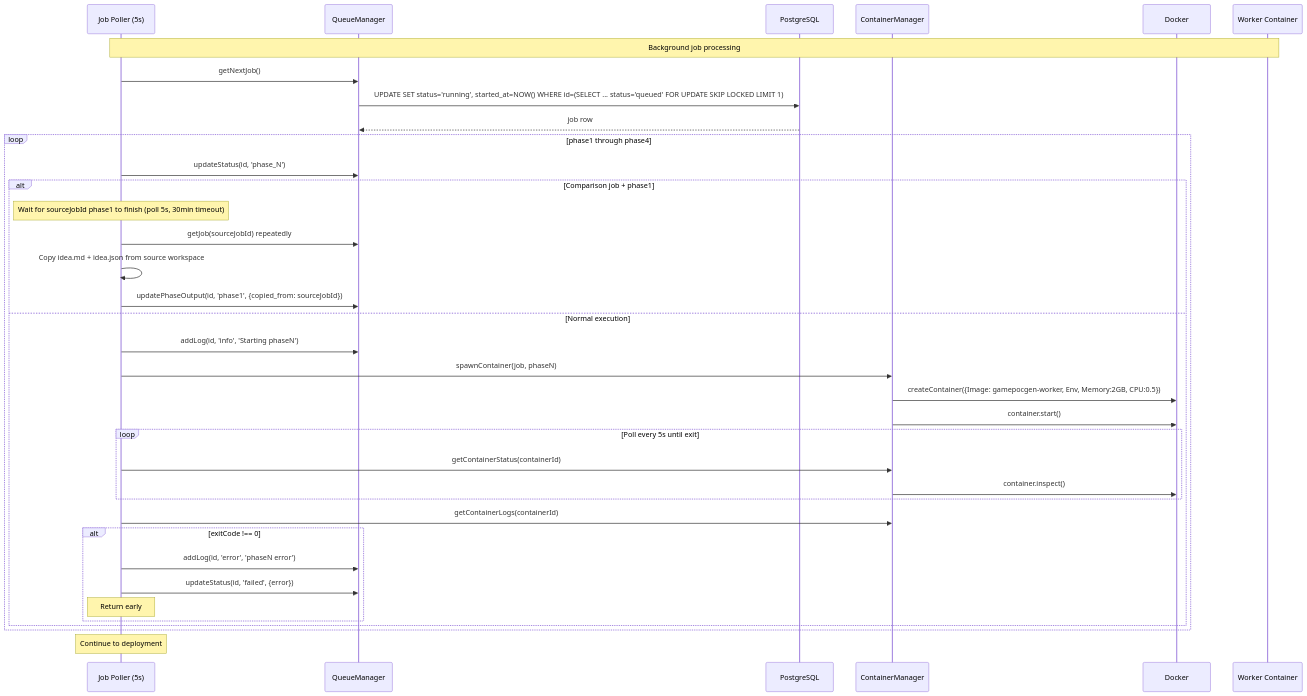
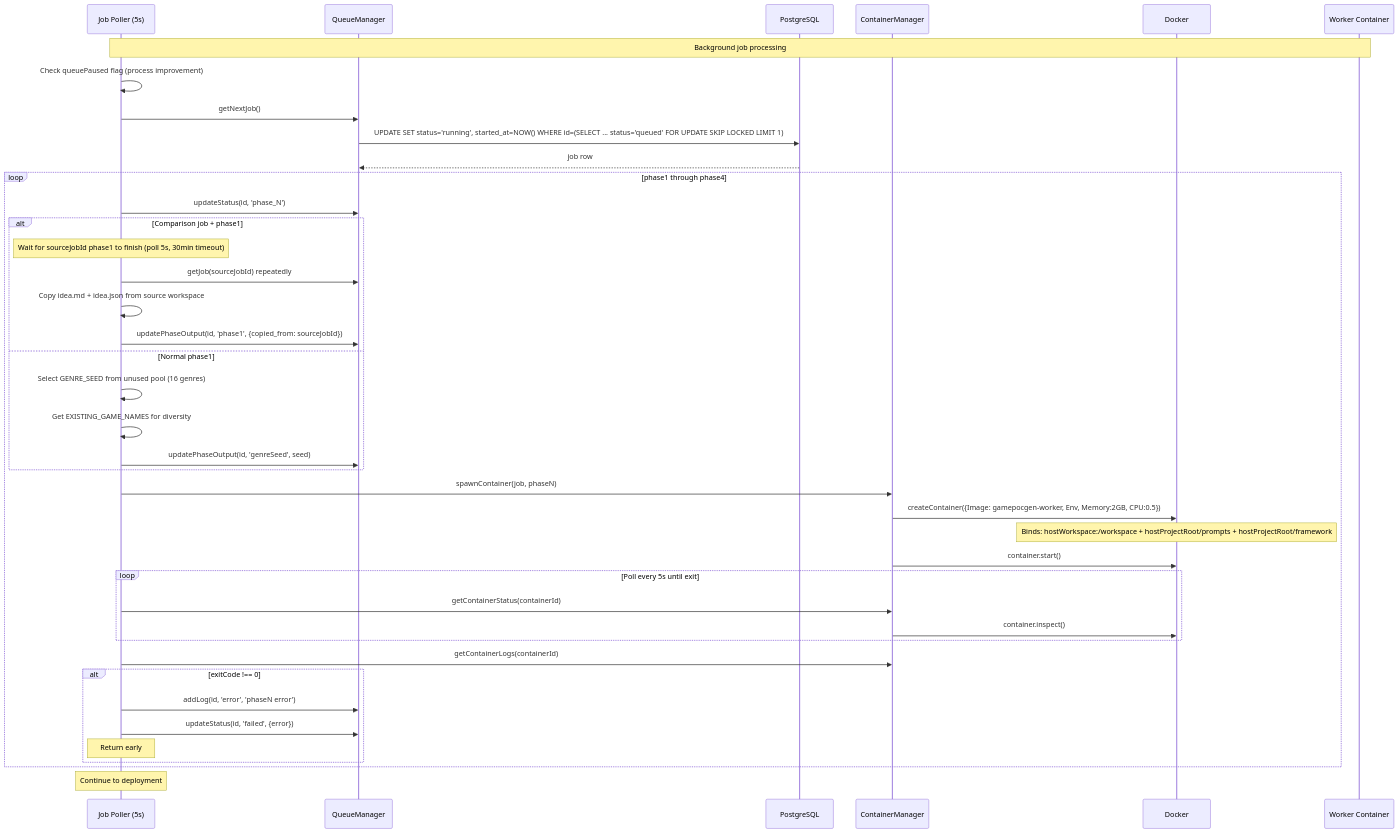
The third of 9 diagrams in AI/document/02-user-flows.md (J-Gierend/gamePocGen), drawn with Mermaid before and after one commit. The commit also changed other lines of this file and 5 other files, not shown here.

````diff
--- a/AI/document/02-user-flows.md
+++ b/AI/document/02-user-flows.md
@@ -65,44 +64,49 @@
 ```mermaid
 sequenceDiagram
     participant Poller as Job Poller (5s)
     participant QM as QueueManager
     participant DB as PostgreSQL
     participant CM as ContainerManager
     participant Docker
     participant Worker as Worker Container
 
     Note over Poller,Worker: Background job processing
+    Poller->>Poller: Check queuePaused flag (process improvement)
     Poller->>QM: getNextJob()
     QM->>DB: UPDATE SET status='running', started_at=NOW() WHERE id=(SELECT ... status='queued' FOR UPDATE SKIP LOCKED LIMIT 1)
     DB-->>QM: job row
 
     loop phase1 through phase4
         Poller->>QM: updateStatus(id, 'phase_N')
 
         alt Comparison job + phase1
             Note over Poller: Wait for sourceJobId phase1 to finish (poll 5s, 30min timeout)
             Poller->>QM: getJob(sourceJobId) repeatedly
             Poller->>Poller: Copy idea.md + idea.json from source workspace
             Poller->>QM: updatePhaseOutput(id, 'phase1', {copied_from: sourceJobId})
-        else Normal execution
-            Poller->>QM: addLog(id, 'info', 'Starting phaseN')
-            Poller->>CM: spawnContainer(job, phaseN)
-            CM->>Docker: createContainer({Image: gamepocgen-worker, Env, Memory:2GB, CPU:0.5})
-            CM->>Docker: container.start()
+        else Normal phase1
+            Poller->>Poller: Select GENRE_SEED from unused pool (16 genres)
+            Poller->>Poller: Get EXISTING_GAME_NAMES for diversity
+            Poller->>QM: updatePhaseOutput(id, 'genreSeed', seed)
+        end
 
-            loop Poll every 5s until exit
-                Poller->>CM: getContainerStatus(containerId)
-                CM->>Docker: container.inspect()
-            end
+        Poller->>CM: spawnContainer(job, phaseN)
+        CM->>Docker: createContainer({Image: gamepocgen-worker, Env, Memory:2GB, CPU:0.5})
+        Note over Docker: Binds: hostWorkspace:/workspace + hostProjectRoot/prompts + hostProjectRoot/framework
+        CM->>Docker: container.start()
 
-            Poller->>CM: getContainerLogs(containerId)
-            alt exitCode !== 0
-                Poller->>QM: addLog(id, 'error', 'phaseN error')
-                Poller->>QM: updateStatus(id, 'failed', {error})
-                Note over Poller: Return early
-            end
+        loop Poll every 5s until exit
+            Poller->>CM: getContainerStatus(containerId)
+            CM->>Docker: container.inspect()
+        end
+
+        Poller->>CM: getContainerLogs(containerId)
+        alt exitCode !== 0
+            Poller->>QM: addLog(id, 'error', 'phaseN error')
+            Poller->>QM: updateStatus(id, 'failed', {error})
+            Note over Poller: Return early
         end
     end
 
     Note over Poller: Continue to deployment
 ```
````
